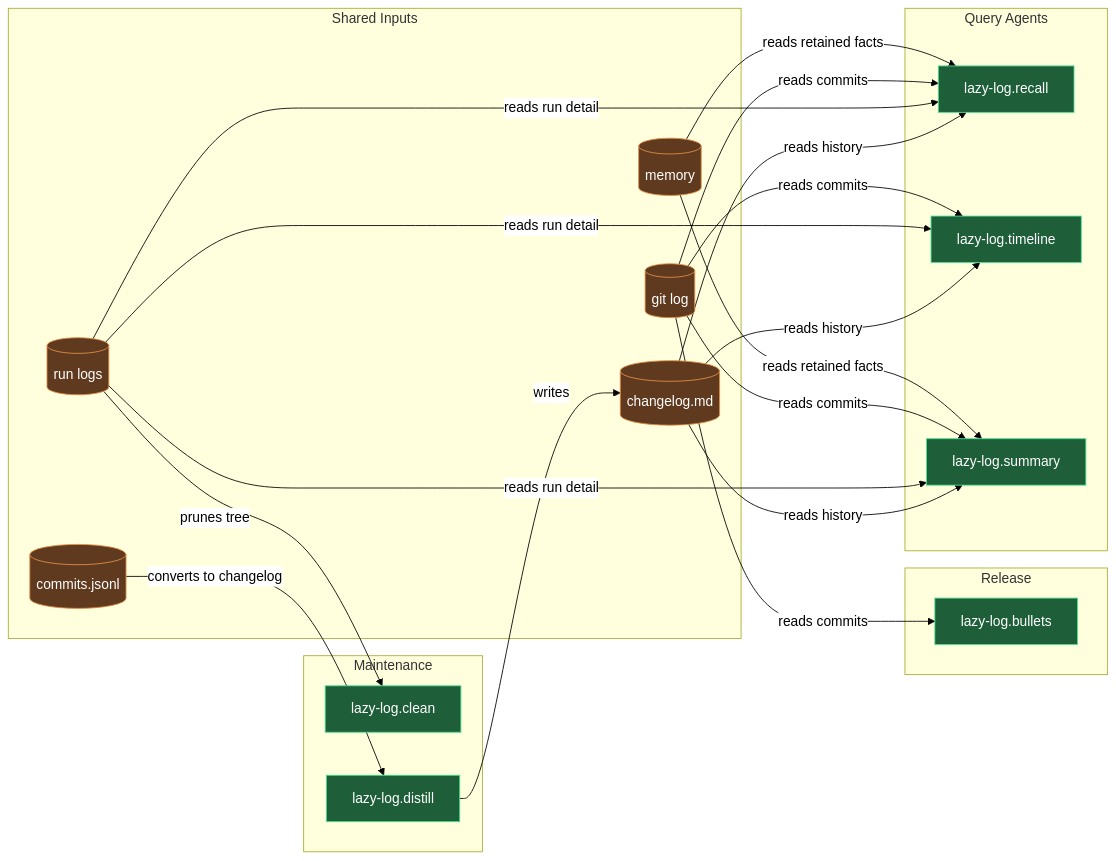
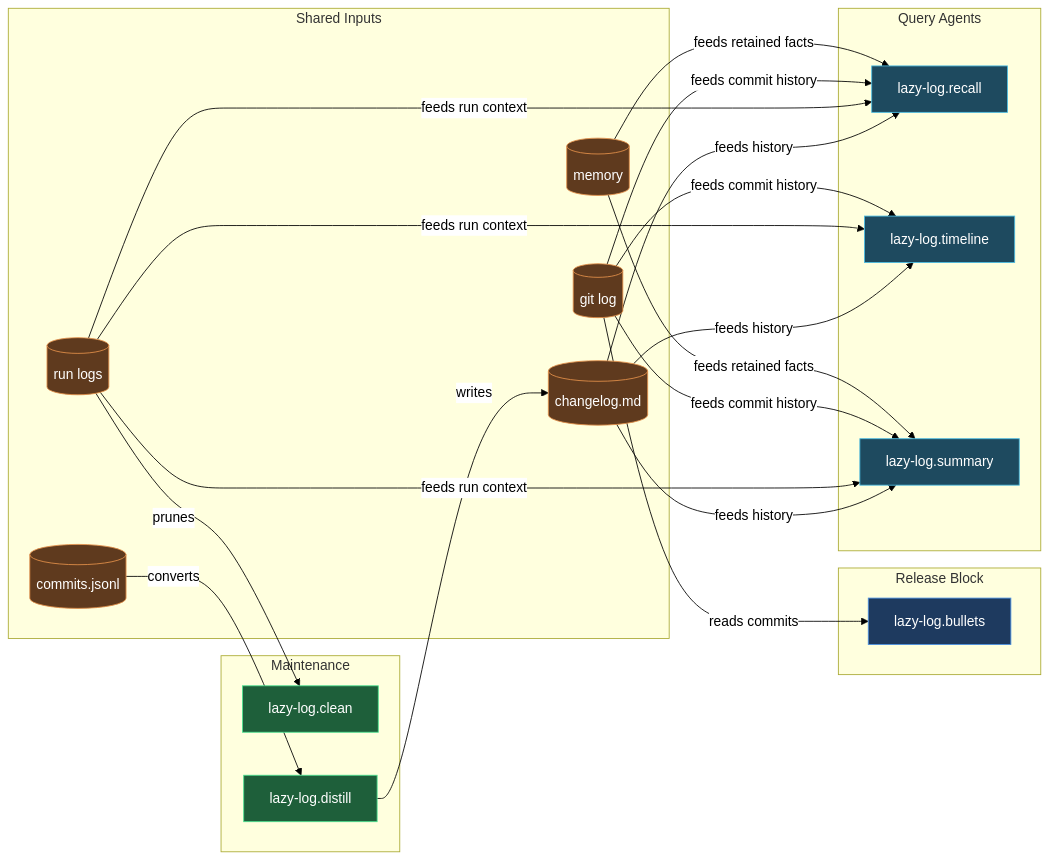
The diagram in claude/lazycortex-core/help/change-history.md (mebius-san/lazy-cortex), drawn with Mermaid before and after one commit. The commit also changed other lines of this file and 45 other files, not shown here.

````diff
--- a/claude/lazycortex-core/help/change-history.md
+++ b/claude/lazycortex-core/help/change-history.md
@@ -109,58 +111,59 @@
 ```mermaid
 %%{init: {'themeVariables':{'background':'transparent','lineColor':'#000','textColor':'#000','edgeLabelBackground':'#fff'},'themeCSS':'.edgeLabel{background-color:transparent!important}.edgeLabel p{background-color:transparent!important}','flowchart':{'diagramPadding':5,'useMaxWidth':true}}}%%
 flowchart LR
   subgraph inputs [Shared Inputs]
     commitsJsonl[(commits.jsonl)]
     changelogMd[(changelog.md)]
     runLogs[(run logs)]
     gitLog[(git log)]
     memory[(memory)]
   end
 
   subgraph maintenance [Maintenance]
     lazyLogClean[lazy-log.clean]
     lazyLogDistill[lazy-log.distill]
   end
 
   subgraph queryAgents [Query Agents]
     lazyLogRecall[lazy-log.recall]
     lazyLogTimeline[lazy-log.timeline]
     lazyLogSummary[lazy-log.summary]
   end
 
-  subgraph release [Release]
+  subgraph releaseBlock [Release Block]
     lazyLogBullets[lazy-log.bullets]
   end
 
-  runLogs -->|prunes tree| lazyLogClean
-  commitsJsonl -->|converts to changelog| lazyLogDistill
+  runLogs -->|prunes| lazyLogClean
+  commitsJsonl -->|converts| lazyLogDistill
   lazyLogDistill -->|writes| changelogMd
-  changelogMd -->|reads history| lazyLogRecall
-  changelogMd -->|reads history| lazyLogTimeline
-  changelogMd -->|reads history| lazyLogSummary
-  runLogs -->|reads run detail| lazyLogRecall
-  runLogs -->|reads run detail| lazyLogTimeline
-  runLogs -->|reads run detail| lazyLogSummary
-  gitLog -->|reads commits| lazyLogRecall
-  gitLog -->|reads commits| lazyLogTimeline
-  gitLog -->|reads commits| lazyLogSummary
-  memory -->|reads retained facts| lazyLogRecall
-  memory -->|reads retained facts| lazyLogSummary
+  changelogMd -->|feeds history| lazyLogRecall
+  changelogMd -->|feeds history| lazyLogTimeline
+  changelogMd -->|feeds history| lazyLogSummary
+  runLogs -->|feeds run context| lazyLogRecall
+  runLogs -->|feeds run context| lazyLogTimeline
+  runLogs -->|feeds run context| lazyLogSummary
+  gitLog -->|feeds commit history| lazyLogRecall
+  gitLog -->|feeds commit history| lazyLogTimeline
+  gitLog -->|feeds commit history| lazyLogSummary
+  memory -->|feeds retained facts| lazyLogRecall
+  memory -->|feeds retained facts| lazyLogSummary
   gitLog -->|reads commits| lazyLogBullets
 
   classDef entry fill:#1e3a5f,stroke:#4a90e2,color:#fff
   classDef action fill:#1e5f3a,stroke:#4ae290,color:#fff
+  classDef service fill:#1e4a5f,stroke:#4abce2,color:#fff
   classDef store fill:#5f3a1e,stroke:#e2904a,color:#fff
 
-  class lazyLogClean action
-  class lazyLogDistill action
-  class lazyLogRecall action
-  class lazyLogTimeline action
-  class lazyLogSummary action
-  class lazyLogBullets action
   class commitsJsonl store
   class changelogMd store
   class runLogs store
   class gitLog store
   class memory store
+  class lazyLogClean action
+  class lazyLogDistill action
+  class lazyLogRecall service
+  class lazyLogTimeline service
+  class lazyLogSummary service
+  class lazyLogBullets entry
 ```
````
